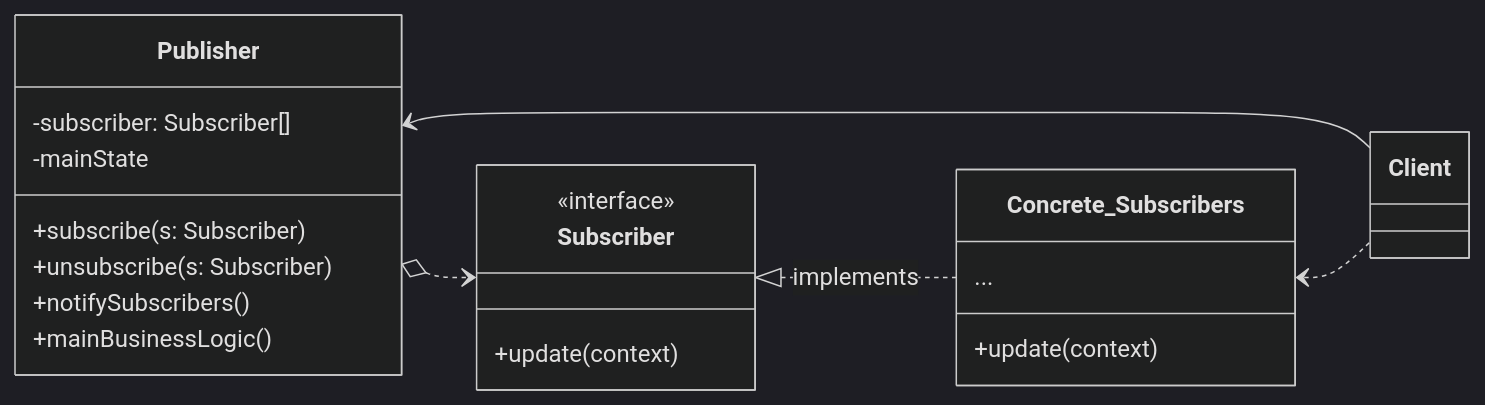
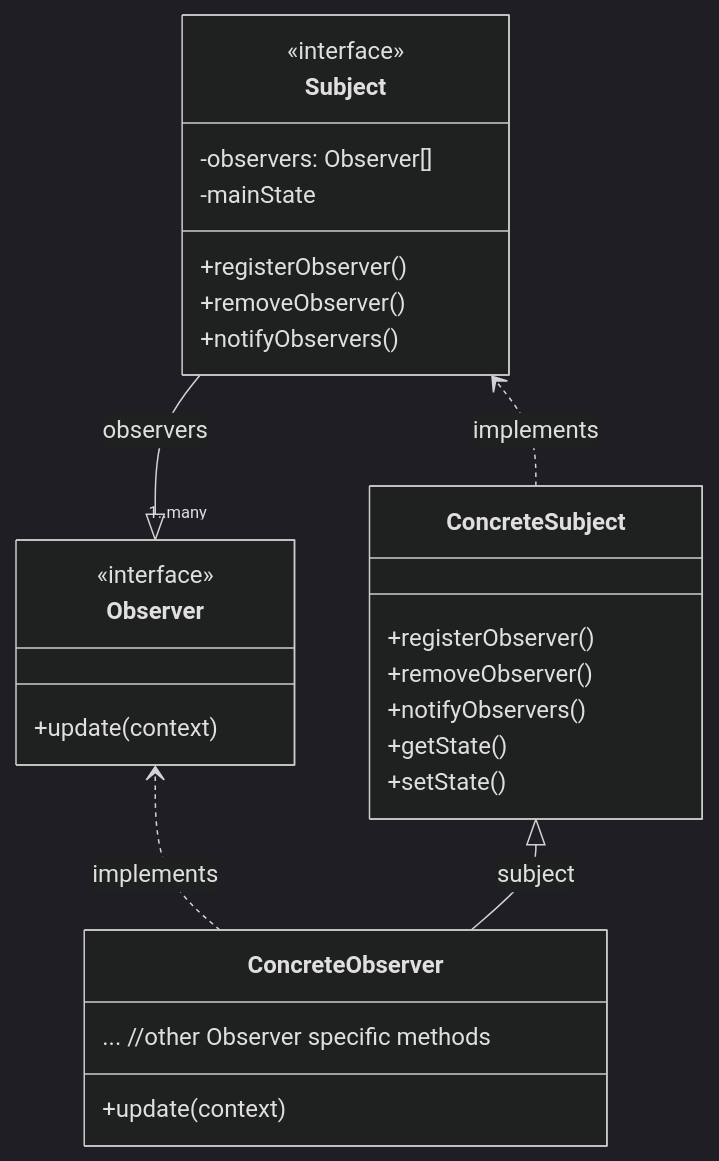
One commit to SydneyRaeBlackburn/design-patterns changed the diagram in observer/README.md. Above: the diagram before and after it, drawn with Mermaid (dark theme). The commit also changed other lines of this file, not shown here.

Commit message:
update observer readme with new structure

````diff
--- a/observer/README.md
+++ b/observer/README.md
@@ -7,27 +7,31 @@
 ```mermaid
 classDiagram
-    Publisher o..> Subscriber
-    Publisher <-- Client
-    Subscriber <|.. Concrete_Subscribers: implements
-    Concrete_Subscribers <.. Client
-    direction LR
-    class Publisher{
-        -subscriber: Subscriber[]
+    Observer "1..many" <|-- Subject: observers
+    ConcreteObserver ..> Observer: implements
+    ConcreteObserver --|> ConcreteSubject: subject
+    ConcreteSubject ..> Subject: implements
+    direction BT
+    class Subject{
+        <<interface>>
+        -observers: Observer[]
         -mainState
-        +subscribe(s: Subscriber)
-        +unsubscribe(s: Subscriber)
-        +notifySubscribers()
-        +mainBusinessLogic()
+        +registerObserver()
+        +removeObserver()
+        +notifyObservers()
     }
-    class Subscriber{
+    class Observer{
         <<interface>>
         +update(context)
     }
-    class Concrete_Subscribers{
-        ...
+    class ConcreteObserver{
         +update(context)
+        ... //other Observer specific methods
     }
-    class Client{
-
+    class ConcreteSubject{
+        +registerObserver()
+        +removeObserver()
+        +notifyObservers()
+        +getState()
+        +setState()
     }
 ```
````
